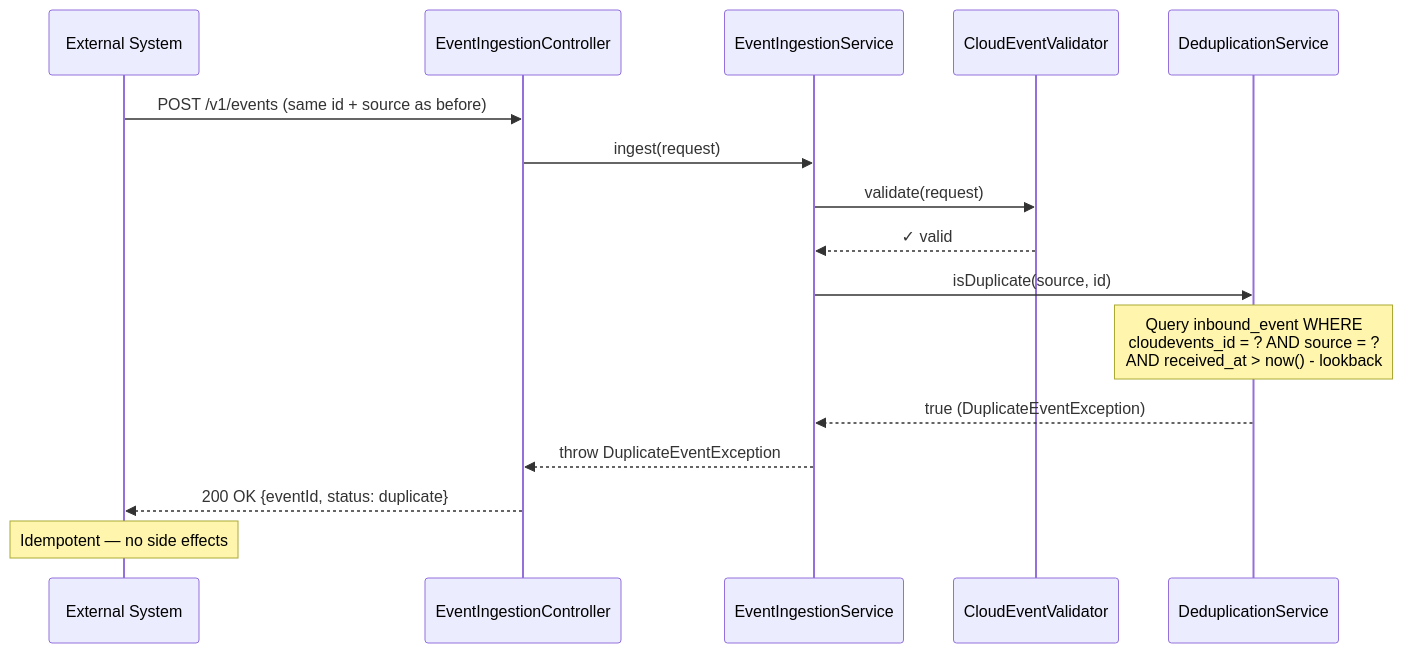
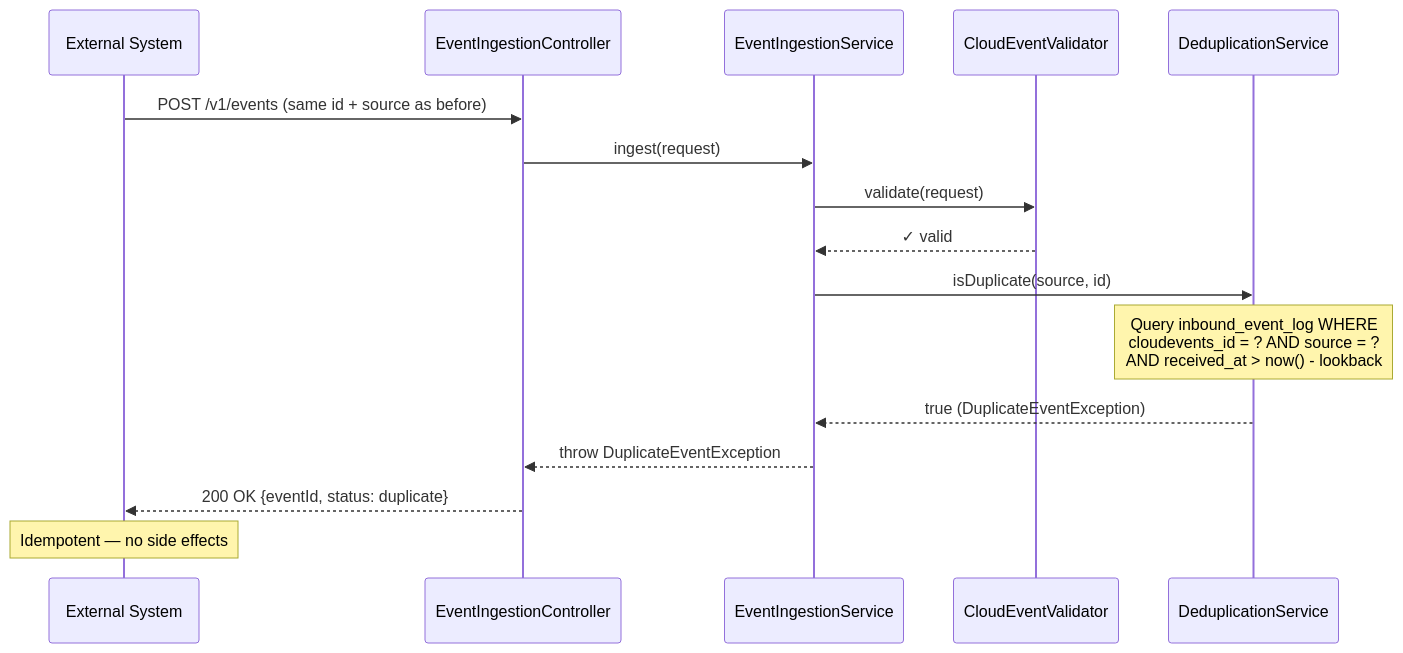
The fourth of 7 diagrams in docs/flow-diagrams.md (Jayaprakash8887/cce-collector-service), drawn with Mermaid before and after one commit. The commit also changed other lines of this file and 8 other files, not shown here.

First line of the commit message:
Refactor inbound_event to inbound_event_log across documentation and codebase

````diff
--- a/docs/flow-diagrams.md
+++ b/docs/flow-diagrams.md
@@ -135,21 +135,21 @@
 ```mermaid
 sequenceDiagram
     participant Client as External System
     participant Controller as EventIngestionController
     participant Service as EventIngestionService
     participant Validator as CloudEventValidator
     participant Dedup as DeduplicationService
 
     Client->>Controller: POST /v1/events (same id + source as before)
     Controller->>Service: ingest(request)
     Service->>Validator: validate(request)
     Validator-->>Service: ✓ valid
 
     Service->>Dedup: isDuplicate(source, id)
-    Note over Dedup: Query inbound_event WHERE<br/>cloudevents_id = ? AND source = ?<br/>AND received_at > now() - lookback
+    Note over Dedup: Query inbound_event_log WHERE<br/>cloudevents_id = ? AND source = ?<br/>AND received_at > now() - lookback
     Dedup-->>Service: true (DuplicateEventException)
 
     Service-->>Controller: throw DuplicateEventException
     Controller-->>Client: 200 OK {eventId, status: duplicate}
     Note over Client: Idempotent — no side effects
 ```
````
